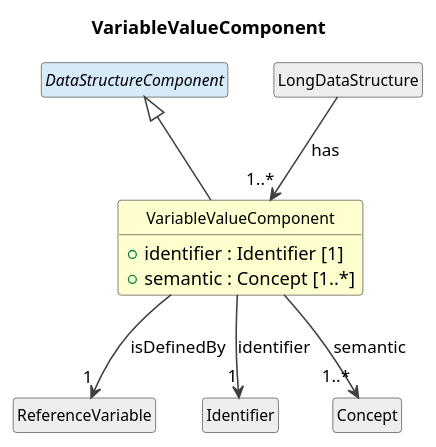
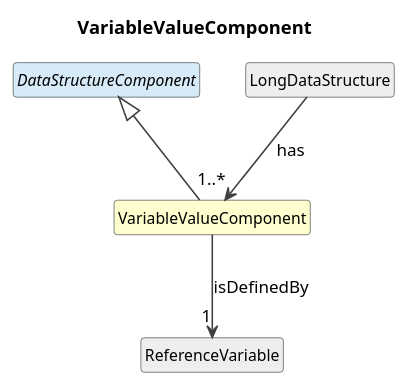
One commit to Cross-Domain-Interoperability-Framework/metadataBuildingBlocks changed the diagram in cdif-uml-model/CDIFDataStructure/Classes/VariableValueComponent.pu. Above: the diagram before and after it, drawn with PlantUML. The commit also changed 137 other files, not shown here.

First line of the commit message:
Regenerate UML model browser: simplified child diagrams + model edits

```diff
--- a/cdif-uml-model/CDIFDataStructure/Classes/VariableValueComponent.pu
+++ b/cdif-uml-model/CDIFDataStructure/Classes/VariableValueComponent.pu
@@ -1,28 +1,21 @@
 @startuml
 title VariableValueComponent
 hide circle
 hide empty members
 skinparam shadowing false
 skinparam ArrowThickness 1.2
 skinparam class {
   ArrowColor #404040
   BorderColor #404040
   FontSize 12
 }
 
-class "VariableValueComponent" as VariableValueComponent #FEFECE {
-  +identifier : Identifier [1]
-  +semantic : Concept [1..*]
-}
+class "VariableValueComponent" as VariableValueComponent #FEFECE
 abstract class "DataStructureComponent" as DataStructureComponent #D6EAF8
 DataStructureComponent <|-- VariableValueComponent
 class "LongDataStructure" as LongDataStructure #EEEEEE
 LongDataStructure --> "1..*" VariableValueComponent : has
 class "ReferenceVariable" as ReferenceVariable #EEEEEE
 VariableValueComponent --> "1" ReferenceVariable : isDefinedBy
-class "Identifier" as Identifier #EEEEEE
-VariableValueComponent --> "1" Identifier : identifier
-class "Concept" as Concept #EEEEEE
-VariableValueComponent --> "1..*" Concept : semantic
 
 @enduml
```
